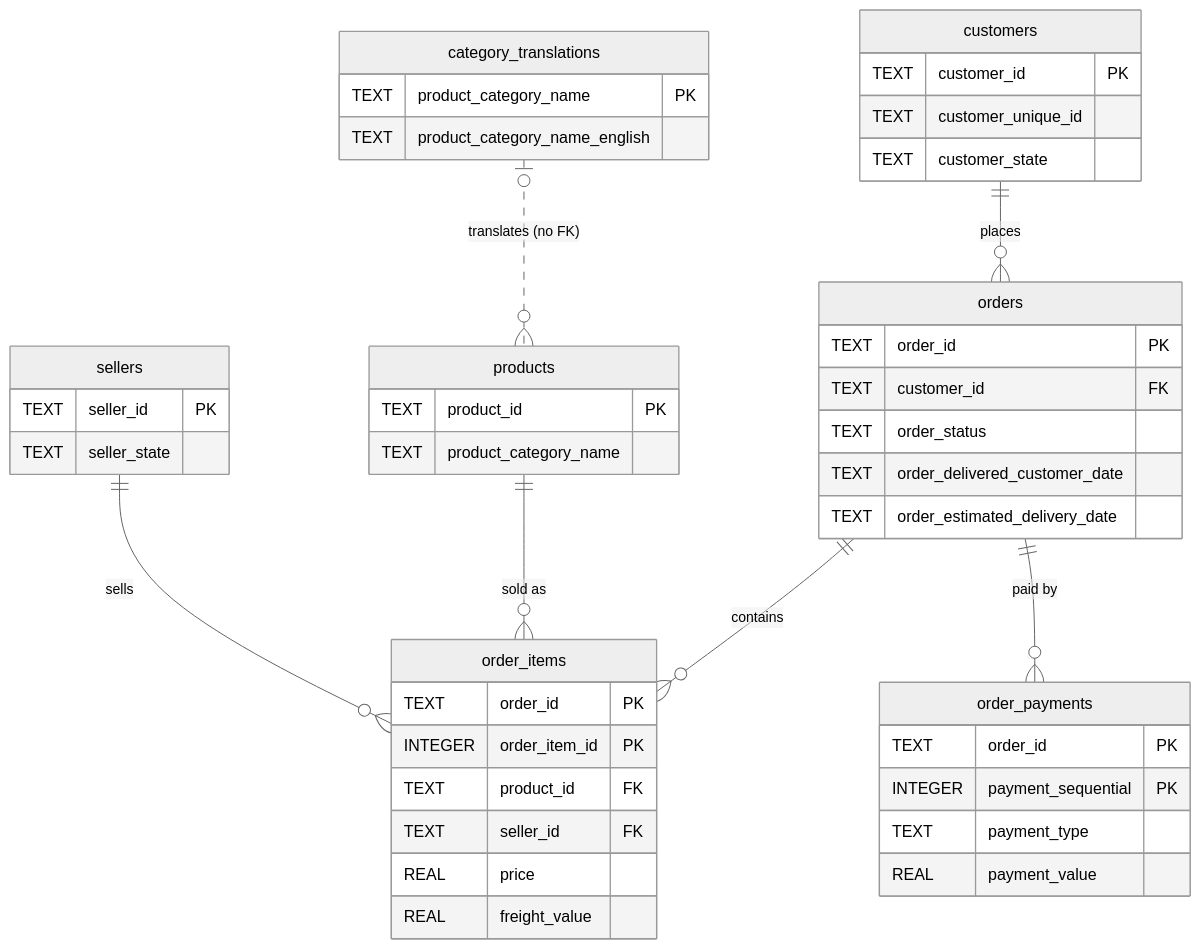
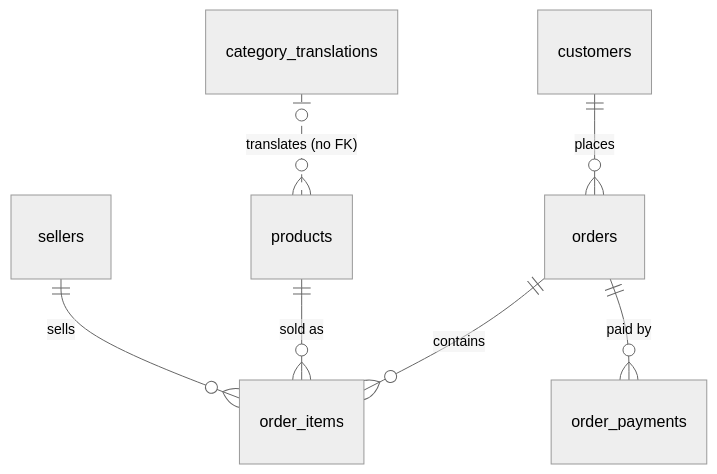
Before and after one commit to SwomBR/OpsIQ: the sixth of 8 diagrams in docs/ARCHITECTURE.md, drawn with Mermaid (neutral theme). The commit also changed other lines of this file and 10 other files, not shown here.

````diff
--- a/docs/ARCHITECTURE.md
+++ b/docs/ARCHITECTURE.md
@@ -114,48 +316,9 @@
 ```mermaid
 erDiagram
     customers ||--o{ orders : places
     orders ||--o{ order_items : contains
     orders ||--o{ order_payments : "paid by"
     products ||--o{ order_items : "sold as"
     sellers ||--o{ order_items : sells
     category_translations |o..o{ products : "translates (no FK)"
-
-    customers {
-        TEXT customer_id PK
-        TEXT customer_unique_id
-        TEXT customer_state
-    }
-    orders {
-        TEXT order_id PK
-        TEXT customer_id FK
-        TEXT order_status
-        TEXT order_delivered_customer_date
-        TEXT order_estimated_delivery_date
-    }
-    order_items {
-        TEXT order_id PK
-        INTEGER order_item_id PK
-        TEXT product_id FK
-        TEXT seller_id FK
-        REAL price
-        REAL freight_value
-    }
-    order_payments {
-        TEXT order_id PK
-        INTEGER payment_sequential PK
-        TEXT payment_type
-        REAL payment_value
-    }
-    products {
-        TEXT product_id PK
-        TEXT product_category_name
-    }
-    sellers {
-        TEXT seller_id PK
-        TEXT seller_state
-    }
-    category_translations {
-        TEXT product_category_name PK
-        TEXT product_category_name_english
-    }
 ```
````
